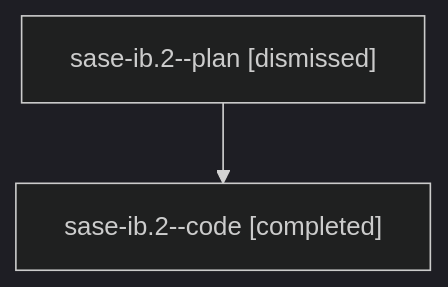
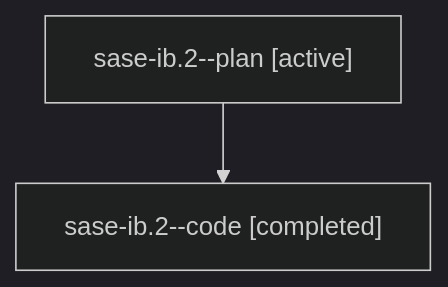
The diagram in families/bbugyi200.athena.sase-ib.2.md (sase-org/sase--agents), drawn with Mermaid (dark theme) before and after one commit. The commit also changed other lines of this file and 35830 other files, not shown here.

````diff
--- a/families/bbugyi200.athena.sase-ib.2.md
+++ b/families/bbugyi200.athena.sase-ib.2.md
@@ -9,6 +9,6 @@
 ```mermaid
 flowchart TD
-  n0["sase-ib.2--plan [dismissed]"]
+  n0["sase-ib.2--plan [active]"]
   n1["sase-ib.2--code [completed]"]
   n0 --> n1
 ```
````
